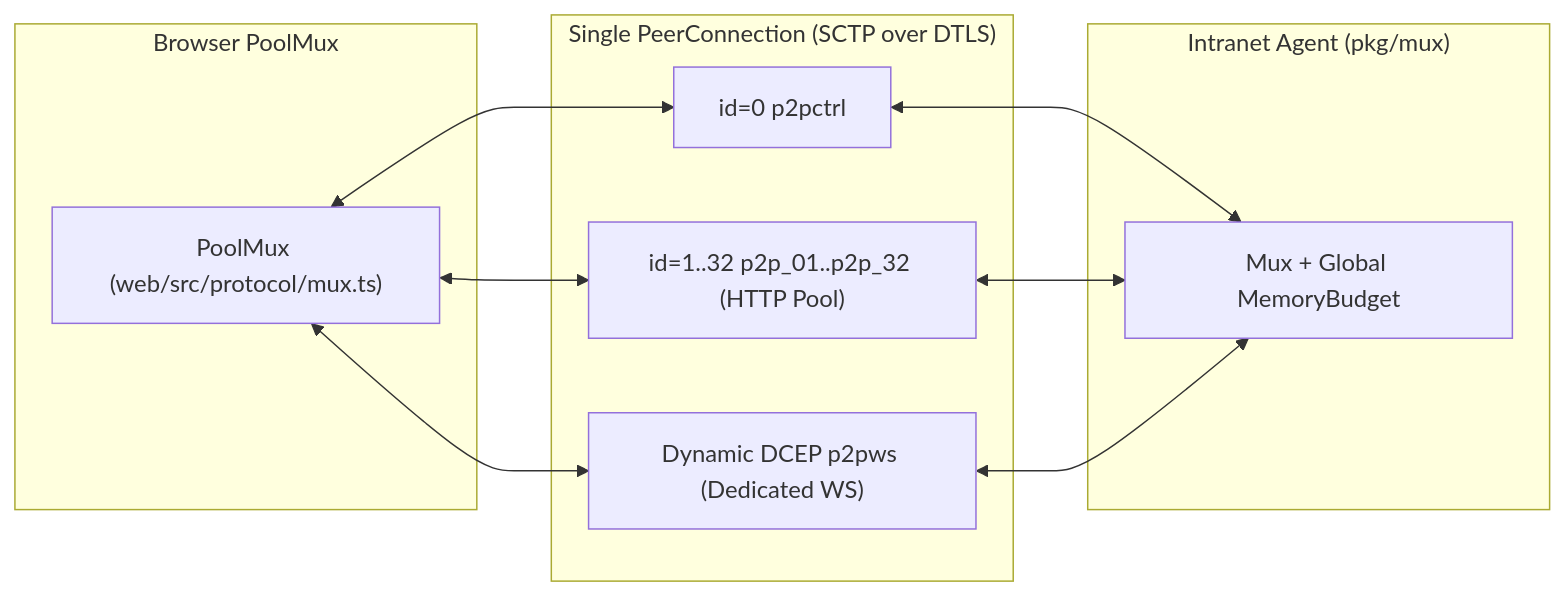
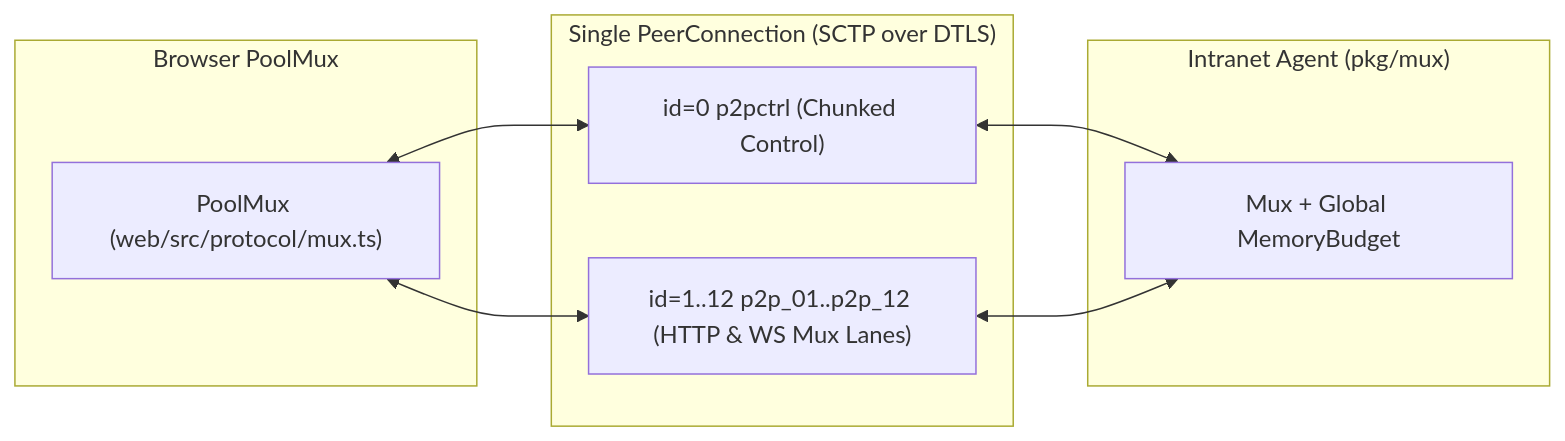
The diagram in docs/en/guide/protocol-specification.md (BeingNoAbility/WebRTC-Gateway), drawn with Mermaid before and after one commit. The commit also changed other lines of this file and 118 other files, not shown here.

````diff
--- a/docs/en/guide/protocol-specification.md
+++ b/docs/en/guide/protocol-specification.md
@@ -21,23 +20,20 @@
 ```mermaid
 flowchart LR
     subgraph Browser["Browser PoolMux"]
         ClientMux["PoolMux (web/src/protocol/mux.ts)"]
     end
 
     subgraph SCTP["Single PeerConnection (SCTP over DTLS)"]
-        Ctrl["id=0 p2pctrl"]
-        Pool["id=1..32 p2p_01..p2p_32 (HTTP Pool)"]
-        WSDC["Dynamic DCEP p2pws (Dedicated WS)"]
+        Ctrl["id=0 p2pctrl (Chunked Control)"]
+        Lanes["id=1..12 p2p_01..p2p_12 (HTTP & WS Mux Lanes)"]
     end
 
     subgraph Agent["Intranet Agent (pkg/mux)"]
         GoMux["Mux + Global MemoryBudget"]
     end
 
     ClientMux <--> Ctrl
-    ClientMux <--> Pool
-    ClientMux <--> WSDC
+    ClientMux <--> Lanes
     Ctrl <--> GoMux
-    Pool <--> GoMux
-    WSDC <--> GoMux
+    Lanes <--> GoMux
 ```
````
